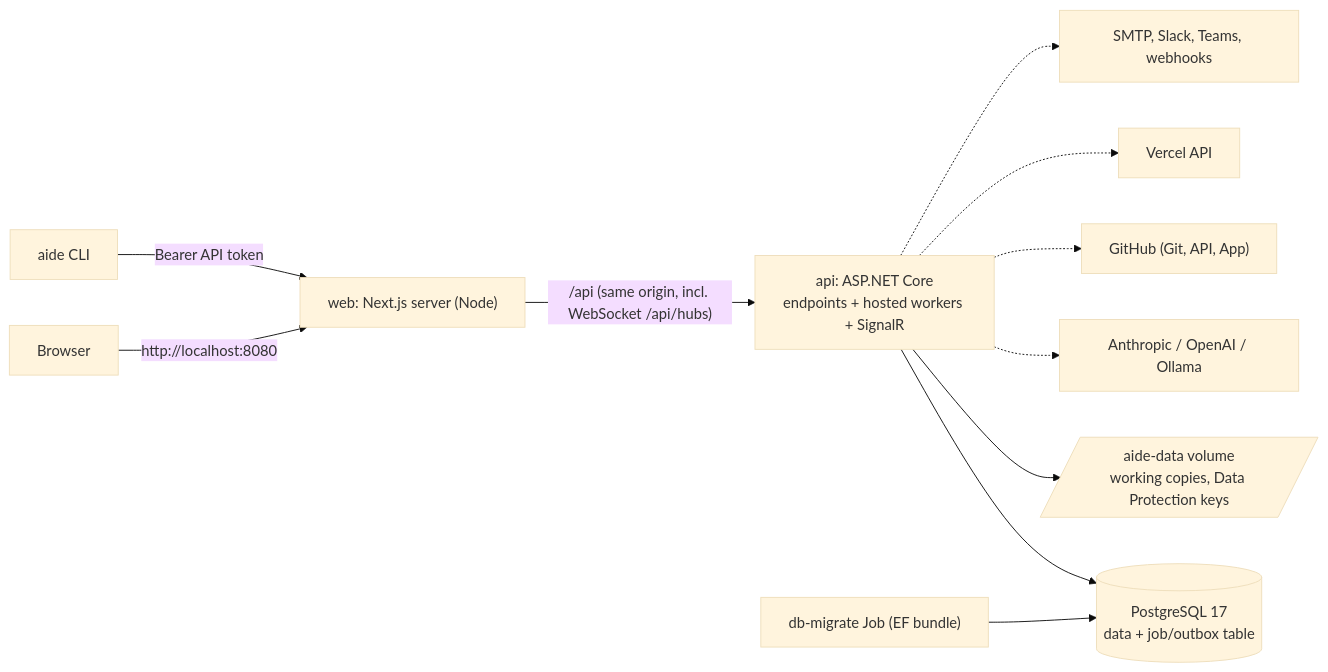
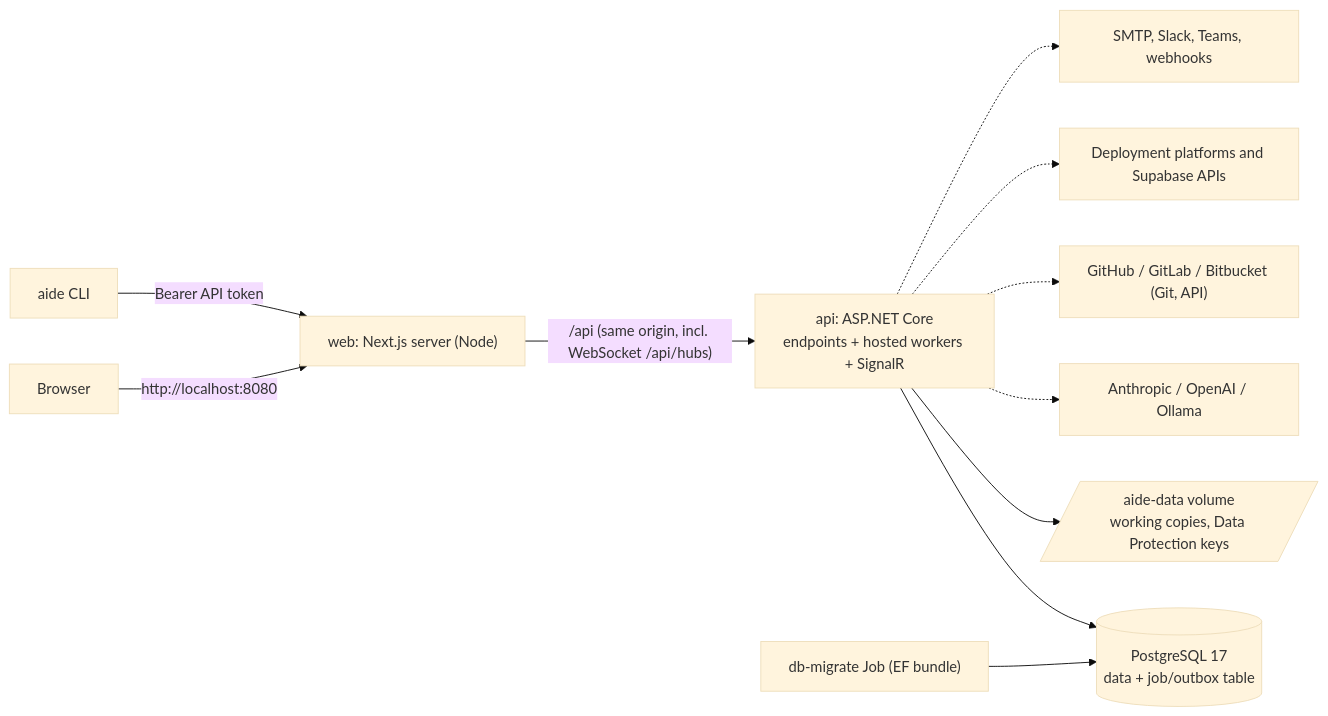
The diagram in README.md (BenFielder1/AI-Driven-Engineering-Platform), drawn with Mermaid (base theme) before and after one commit. The commit also changed other lines of this file and 5 other files, not shown here.

````diff
--- a/README.md
+++ b/README.md
@@ -30,13 +57,13 @@
 ```mermaid
 flowchart LR
   Browser -->|"http://localhost:8080"| Web["web: Next.js server (Node)"]
   Web -->|"/api (same origin, incl. WebSocket /api/hubs)"| Api["api: ASP.NET Core<br/>endpoints + hosted workers + SignalR"]
   CLI["aide CLI"] -->|"Bearer API token"| Web
   Api --> Db[("PostgreSQL 17<br/>data + job/outbox table")]
   Api --> Vol[/"aide-data volume<br/>working copies, Data Protection keys"/]
   Api -.-> LLM["Anthropic / OpenAI / Ollama"]
-  Api -.-> GH["GitHub (Git, API, App)"]
-  Api -.-> Vc["Vercel API"]
+  Api -.-> GH["GitHub / GitLab / Bitbucket (Git, API)"]
+  Api -.-> Pl["Deployment platforms and Supabase APIs"]
   Api -.-> Out["SMTP, Slack, Teams, webhooks"]
   Mig["db-migrate Job (EF bundle)"] --> Db
 ```
````
